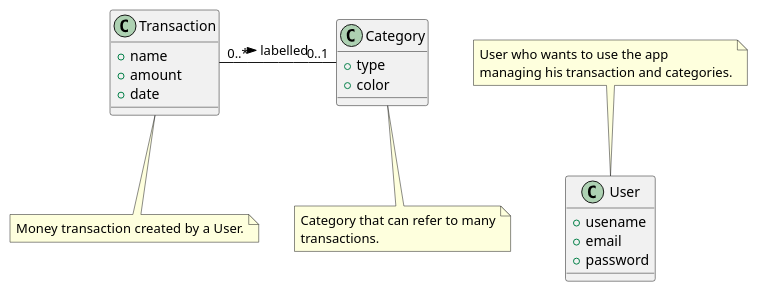
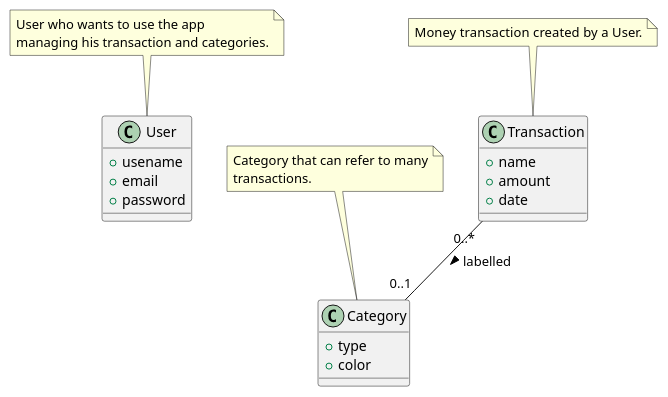
Before and after one commit to lara-m2000/ezwallet: the third of 5 diagrams in RequirementsDocumentV1.md, drawn with PlantUML. The commit also changed other lines of this file, not shown here.

````diff
--- a/RequirementsDocumentV1.md
+++ b/RequirementsDocumentV1.md
@@ -484,49 +478,49 @@
 ```plantuml
 @startuml
 
 
 class User {
 	+ usename
 	+ email
 	+ password
 }
 
 note top of User
 User who wants to use the app
 managing his transaction and categories.
 endnote
 
 
 
 class Transaction {
 	+ name
 	+ amount
 	+ date
 }
 
-note bottom of Transaction
+note top of Transaction
 Money transaction created by a User.
 endnote
 
 
 class Category {
 	+ type
 	+ color
 }
 
-note bottom of Category
+note top of Category
 Category that can refer to many
 transactions.
 endnote
 
 
- Transaction "0..*" - "0..1" Category : labelled >
+Transaction "0..*" -- "0..1" Category : labelled >
 
 
 ' User --- "0..*" Transaction
 ' User --- "0..*" Category
 
 
 
 @enduml
 ```
````
